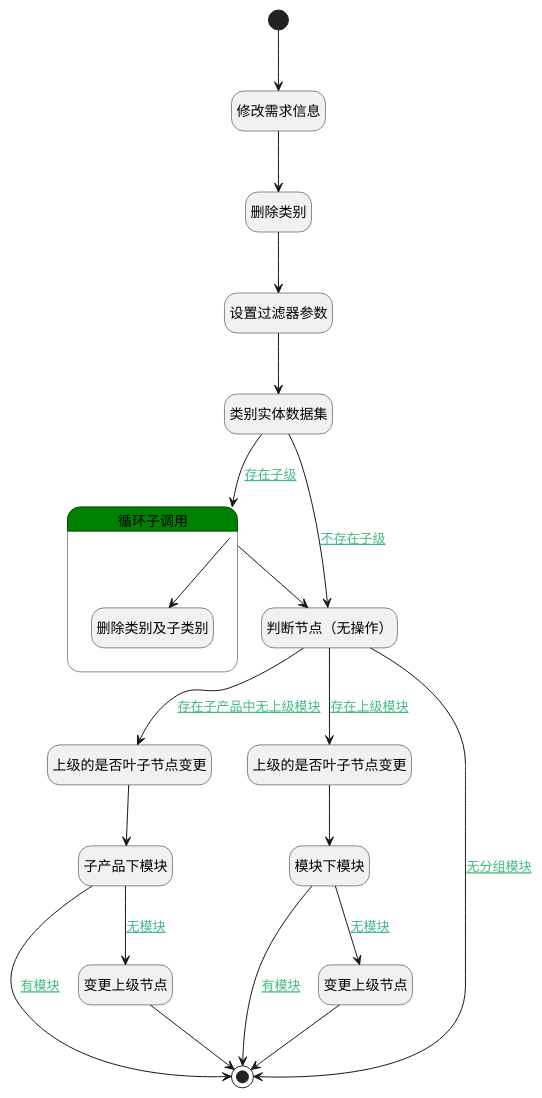
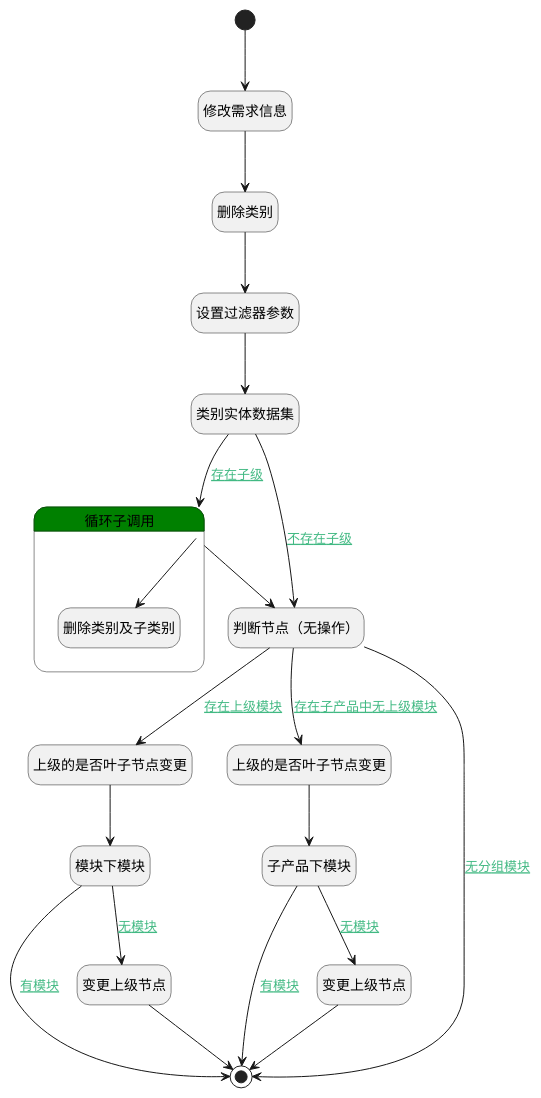
One commit to iBizLab/plm changed the diagram in doc/docsify/module/Base/category/logic/delete_child_category.md. Above: the diagram before and after it, drawn with PlantUML. The commit also changed other lines of this file and 1276 other files, not shown here.

````diff
--- a/doc/docsify/module/Base/category/logic/delete_child_category.md
+++ b/doc/docsify/module/Base/category/logic/delete_child_category.md
@@ -7,51 +7,51 @@
 ```plantuml
 @startuml
 hide empty description
 <style>
 root {
   HyperlinkColor #42b983
 }
 </style>
 
 hide empty description
 state "开始" as Begin <<start>> [[$./delete_child_category#begin {"开始"}]]
 state "删除类别" as DEACTION2  [[$./delete_child_category#deaction2 {"删除类别"}]]
 state "设置过滤器参数" as PREPAREPARAM1  [[$./delete_child_category#prepareparam1 {"设置过滤器参数"}]]
 state "类别实体数据集" as DEDATASET1  [[$./delete_child_category#dedataset1 {"类别实体数据集"}]]
 state "判断节点（无操作）" as PREPAREPARAM4  [[$./delete_child_category#prepareparam4 {"判断节点（无操作）"}]]
-state "上级的是否叶子节点变更" as PREPAREPARAM3  [[$./delete_child_category#prepareparam3 {"上级的是否叶子节点变更"}]]
 state "上级的是否叶子节点变更" as PREPAREPARAM2  [[$./delete_child_category#prepareparam2 {"上级的是否叶子节点变更"}]]
 state "模块下模块" as DEDATASET3  [[$./delete_child_category#dedataset3 {"模块下模块"}]]
 state "修改需求信息" as RAWSQLCALL1  [[$./delete_child_category#rawsqlcall1 {"修改需求信息"}]]
+state "上级的是否叶子节点变更" as PREPAREPARAM3  [[$./delete_child_category#prepareparam3 {"上级的是否叶子节点变更"}]]
 state "子产品下模块" as DEDATASET2  [[$./delete_child_category#dedataset2 {"子产品下模块"}]]
 state "结束" as END2 <<end>> [[$./delete_child_category#end2 {"结束"}]]
 state "变更上级节点" as DEACTION3  [[$./delete_child_category#deaction3 {"变更上级节点"}]]
 state "变更上级节点" as DEACTION4  [[$./delete_child_category#deaction4 {"变更上级节点"}]]
 state "循环子调用" as LOOPSUBCALL1  [[$./delete_child_category#loopsubcall1 {"循环子调用"}]] #green {
 state "删除类别及子类别" as DELOGIC1  [[$./delete_child_category#delogic1 {"删除类别及子类别"}]]
 }
 
 
 Begin --> RAWSQLCALL1
 RAWSQLCALL1 --> DEACTION2
 DEACTION2 --> PREPAREPARAM1
 PREPAREPARAM1 --> DEDATASET1
 DEDATASET1 --> PREPAREPARAM4 : [[$./delete_child_category#dedataset1-prepareparam4{不存在子级} 不存在子级]]
 PREPAREPARAM4 --> PREPAREPARAM2 : [[$./delete_child_category#prepareparam4-prepareparam2{存在上级模块} 存在上级模块]]
 PREPAREPARAM2 --> DEDATASET3
 DEDATASET3 --> DEACTION3 : [[$./delete_child_category#dedataset3-deaction3{无模块} 无模块]]
 DEACTION3 --> END2
 DEDATASET3 --> END2 : [[$./delete_child_category#dedataset3-end2{有模块} 有模块]]
 PREPAREPARAM4 --> PREPAREPARAM3 : [[$./delete_child_category#prepareparam4-prepareparam3{存在子产品中无上级模块} 存在子产品中无上级模块]]
 PREPAREPARAM3 --> DEDATASET2
 DEDATASET2 --> END2 : [[$./delete_child_category#dedataset2-end2{有模块} 有模块]]
 DEDATASET2 --> DEACTION4 : [[$./delete_child_category#dedataset2-deaction4{无模块} 无模块]]
 DEACTION4 --> END2
 PREPAREPARAM4 --> END2 : [[$./delete_child_category#prepareparam4-end2{无分组模块} 无分组模块]]
 DEDATASET1 --> LOOPSUBCALL1 : [[$./delete_child_category#dedataset1-loopsubcall1{存在子级} 存在子级]]
 LOOPSUBCALL1 --> DELOGIC1
 LOOPSUBCALL1 --> PREPAREPARAM4
 
 
 @enduml
 ```
````
